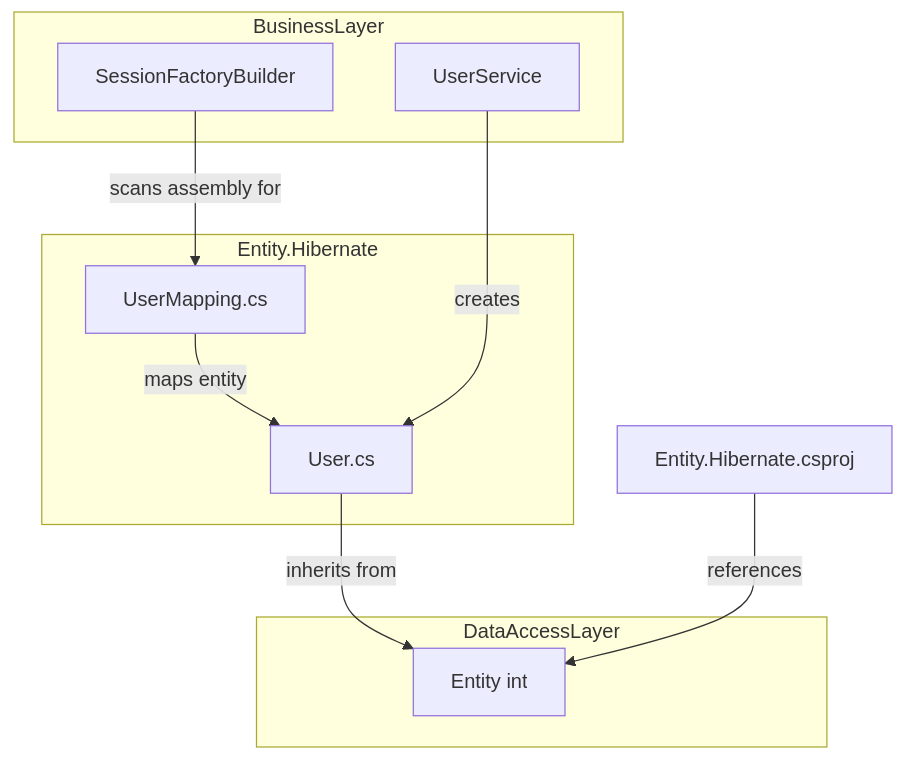
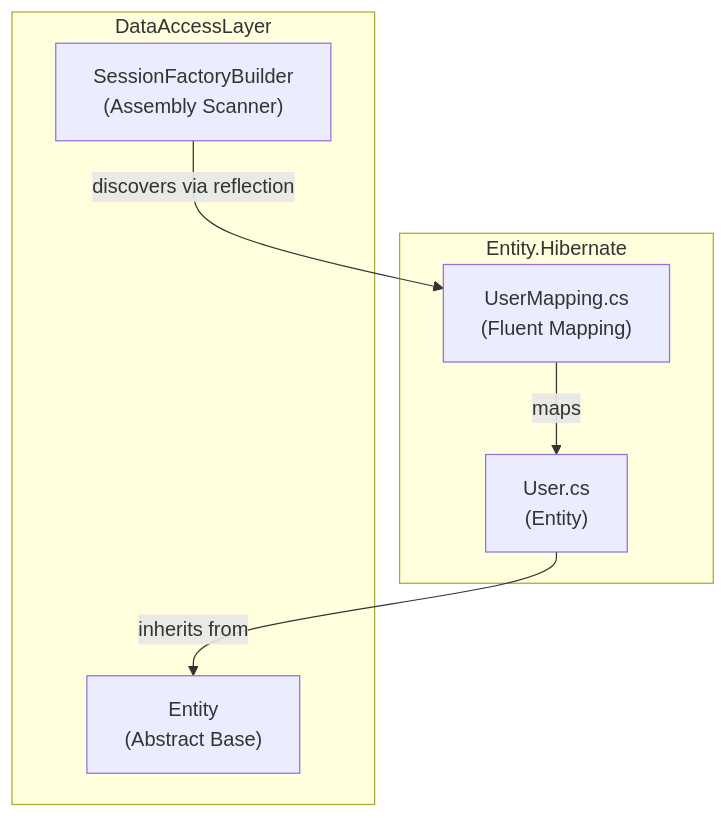
The diagram in doc/Entity.Hibernate.md (wetzlmaier-scch/mvvm), drawn with Mermaid before and after one commit. The commit also changed other lines of this file and 132 other files, not shown here.

````diff
--- a/doc/Entity.Hibernate.md
+++ b/doc/Entity.Hibernate.md
@@ -20,22 +20,16 @@
 ```mermaid
 flowchart TD
     subgraph "Entity.Hibernate"
-        User[User.cs]
-        UserMapping[UserMapping.cs]
+        User["User.cs<br/>(Entity)"]
+        UserMapping["UserMapping.cs<br/>(Fluent Mapping)"]
     end
-    
+
     subgraph "DataAccessLayer"
-        EntityBase[Entity int]
+        EntityBase["Entity<int><br/>(Abstract Base)"]
+        SessionFactoryBuilder["SessionFactoryBuilder<br/>(Assembly Scanner)"]
     end
-    
-    subgraph "BusinessLayer"
-        UserService[UserService]
-        SessionFactory[SessionFactoryBuilder]
-    end
-    
+
     User -->|inherits from| EntityBase
-    UserMapping -->|maps entity| User
-    UserService -->|creates| User
-    SessionFactory -->|scans assembly for| UserMapping
-    Entity.Hibernate.csproj -->|references| EntityBase
+    UserMapping -->|maps| User
+    SessionFactoryBuilder -->|discovers via reflection| UserMapping
 ```
````
